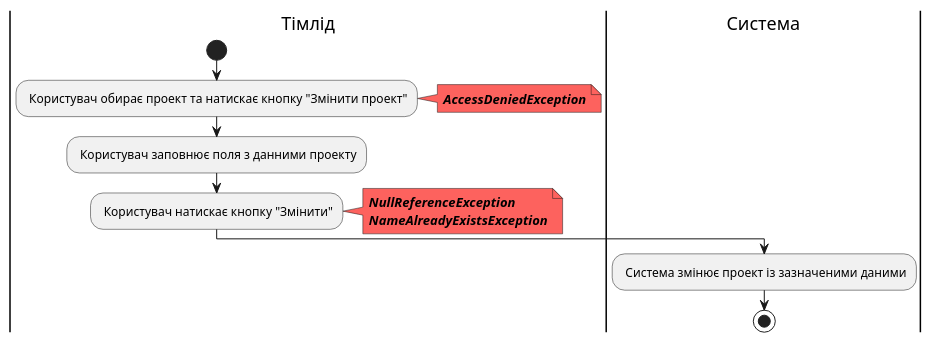
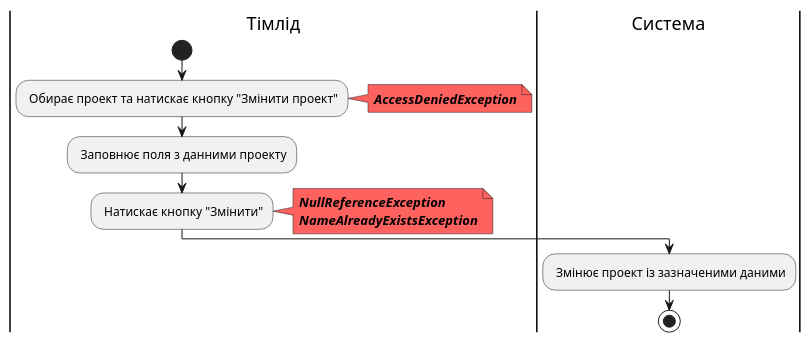
Before and after one commit to edu-db/edu_db_labs: diagram 12 of 19 in docs/use cases/README.md, drawn with PlantUML. The commit also changed other lines of this file, not shown here.

```diff
--- a/docs/use cases/README.md
+++ b/docs/use cases/README.md
@@ -290,21 +290,21 @@
 @startuml
 
 |Тімлід|
 start;
-: Користувач обирає проект та натискає кнопку "Змінити проект";
+: Обирає проект та натискає кнопку "Змінити проект";
 note right #fd625e
 <b><i>AccessDeniedException
 end note
-: Користувач заповнює поля з данними проекту;
-: Користувач натискає кнопку "Змінити";
+: Заповнює поля з данними проекту;
+: Натискає кнопку "Змінити";
 note right #fd625e
 <b><i>NullReferenceException
 <b><i>NameAlreadyExistsException
 end note
 
 |Система|
- : Система змінює проект із зазначеними даними; 
+ : Змінює проект із зазначеними даними; 
 
  stop;
 
 @enduml
```
